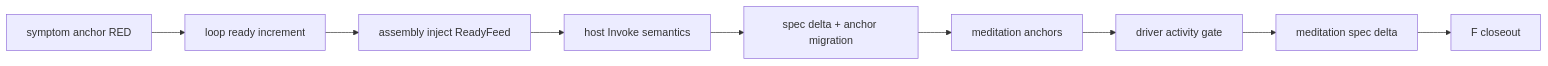
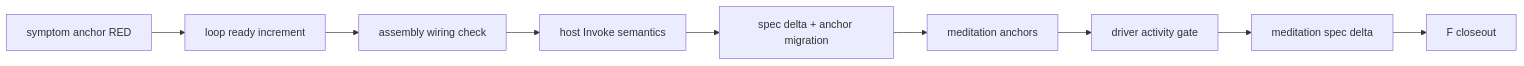
The diagram in openspec/changes/unified-intake/tasks.md (SpellingDragon/tagent), drawn with Mermaid before and after one commit. The commit also changed 1 other file, not shown here.

Commit message:
docs(openspec): the fallback note keeps no invented name either

````diff
--- a/openspec/changes/unified-intake/tasks.md
+++ b/openspec/changes/unified-intake/tasks.md
@@ -3,11 +3,11 @@
 ```mermaid
 graph LR
   A1A[symptom anchor RED] --> A2[loop ready increment]
-  A2 --> A3[assembly inject ReadyFeed]
+  A2 --> A3[assembly wiring check]
   A3 --> A4[host Invoke semantics]
   A4 --> A5[spec delta + anchor migration]
   A5 --> B1[meditation anchors]
   B1 --> B2[driver activity gate]
   B2 --> B3[meditation spec delta]
   B3 --> F[F closeout]
 ```
````
